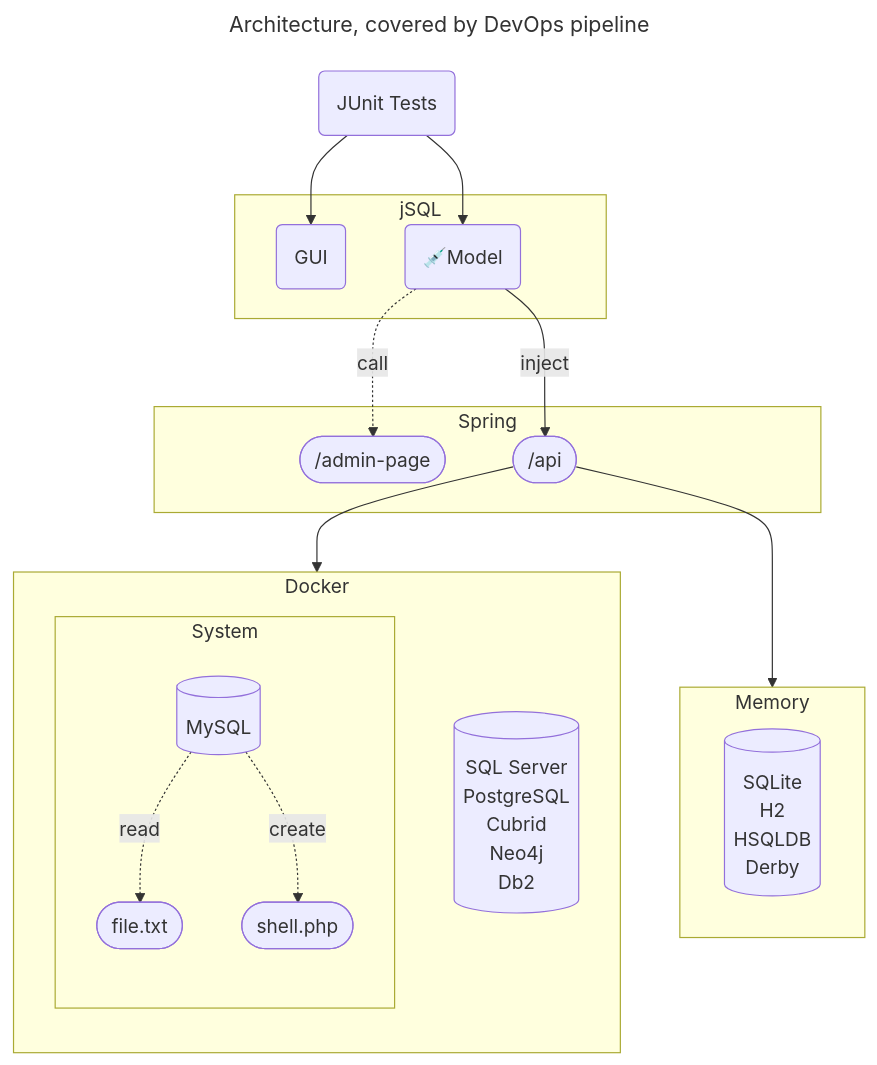
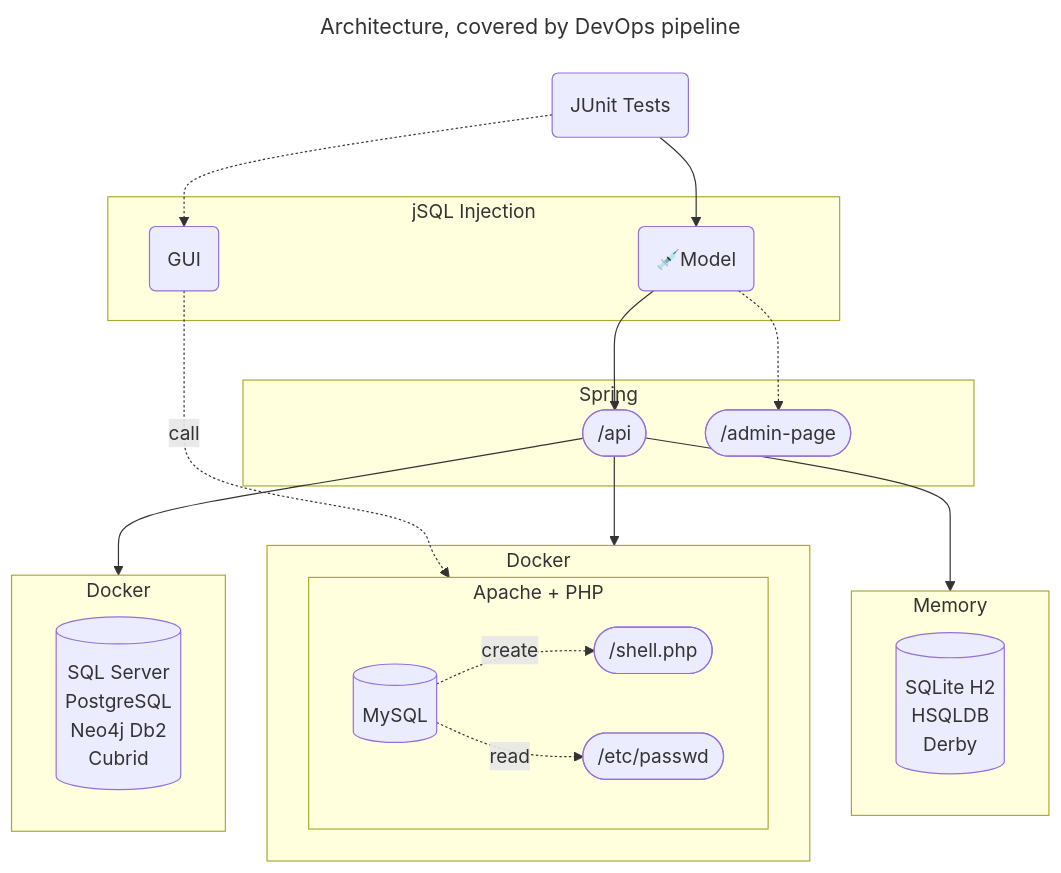
One commit to ron190/jsql-injection changed the diagram in README.md. Above: the diagram before and after it, drawn with Mermaid. The commit also changed 67 other files, not shown here.

````diff
--- a/README.md
+++ b/README.md
@@ -44,35 +44,46 @@
 ```mermaid
 ---
 title: Architecture, covered by DevOps pipeline
 ---
 graph
-junit-test(JUnit Tests)
-subgraph "jSQL"
+junit(JUnit Tests)
+subgraph "jSQL Injection"
     gui(GUI)
-    inject-model("💉Model")
+    model("💉Model")
 end
 subgraph Spring
-    admin-page([/admin-page])
-    spring-apis([/api])
+    apis([/api])
+    admin([/admin-page])
 end
 subgraph Memory
-    memory-other[(SQLite\nH2\nHSQLDB\nDerby)]   
+    memory-other[("`
+        SQLite H2
+        HSQLDB
+        Derby
+    `")]   
 end
 subgraph Docker
-    direction TB
-    subgraph System
-        direction TB
+    subgraph Apache + PHP
+        direction LR
+        shell(["/shell.php"])
+        file.txt(["/etc/passwd"])   
         mysql[(MySQL)]
-        file.txt(["file.txt"])   
-        shell(["shell.php"])
     end   
-    docker-other[(SQL Server\nPostgreSQL\nCubrid\nNeo4j\nDb2)]   
 end
-junit-test --> inject-model & gui
-inject-model -. "call" .-> admin-page
-inject-model -- inject --> spring-apis
-spring-apis --> Docker
-spring-apis --> Memory
+subgraph Docker2 [Docker]
+    docker-other[("`
+        SQL Server
+        PostgreSQL 
+        Neo4j Db2
+        Cubrid
+    `")]   
+end
 mysql -. read .-> file.txt
 mysql -. create .-> shell
+gui -. "call" .-> shell
+junit -.-> gui
+junit --> model
+model --> apis
+model -.-> admin
+apis --> Docker & Docker2 & Memory
 ```
````
